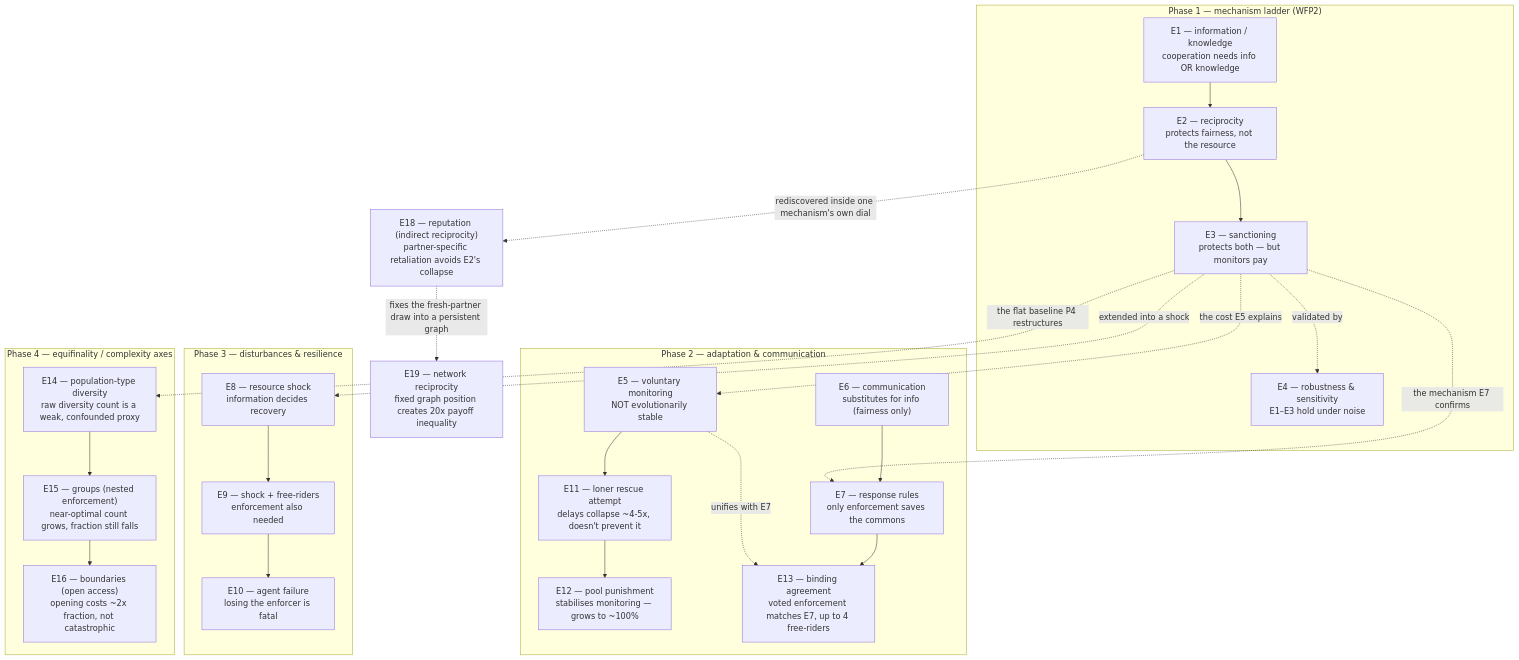
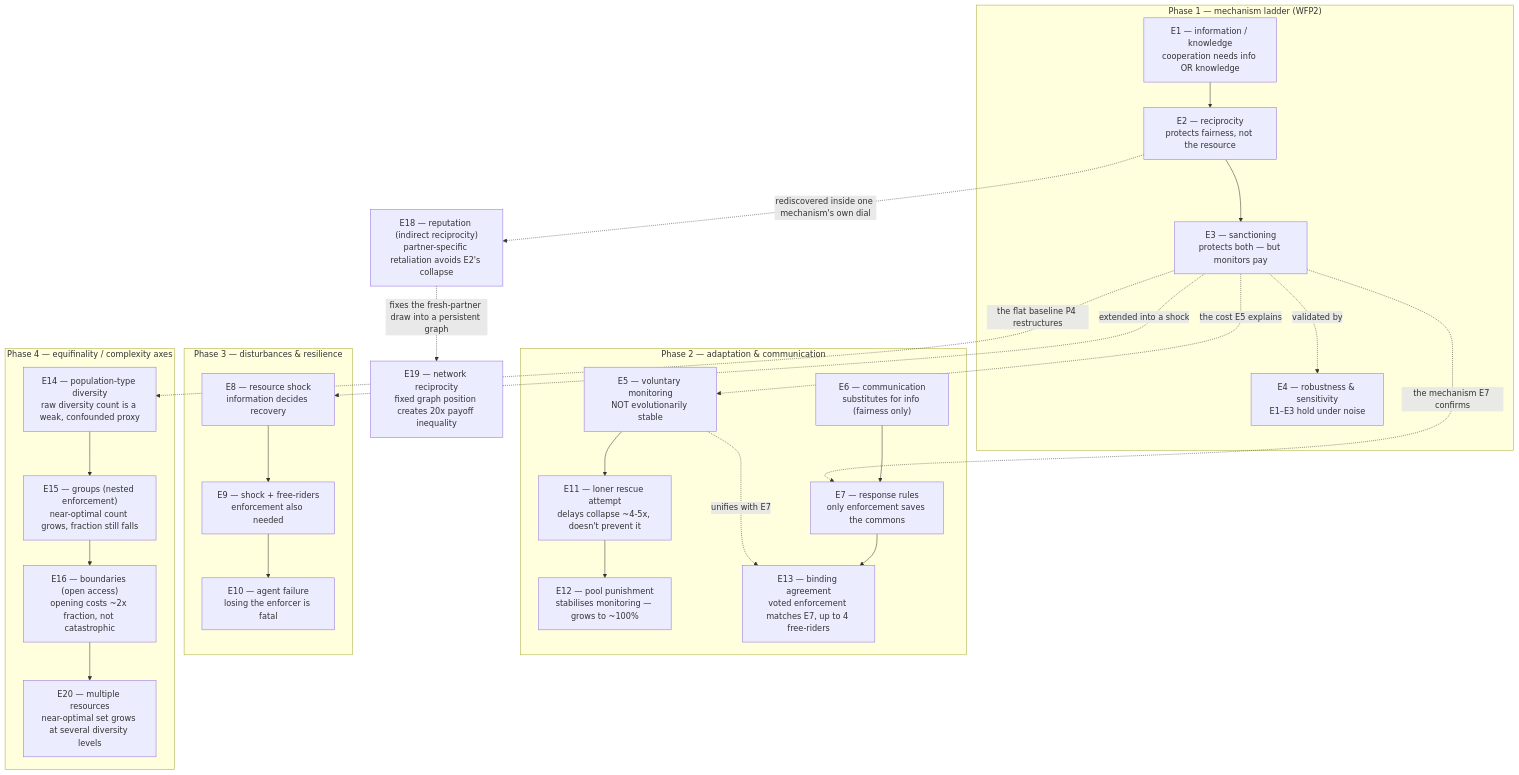
Before and after one commit to loonaarc/wfp2: the diagram in docs/findings-summary.md, drawn with Mermaid. The commit also changed other lines of this file and 25 other files, not shown here.

First line of the commit message:
Add E20 experiment for multiple resources with monitoring arrangements

````diff
--- a/docs/findings-summary.md
+++ b/docs/findings-summary.md
@@ -84,47 +88,48 @@
 ```mermaid
 flowchart TD
     subgraph P1["Phase 1 — mechanism ladder (WFP2)"]
         E1["E1 — information / knowledge<br/>cooperation needs info OR knowledge"]
         E2["E2 — reciprocity<br/>protects fairness, not the resource"]
         E3["E3 — sanctioning<br/>protects both — but monitors pay"]
         E4["E4 — robustness & sensitivity<br/>E1–E3 hold under noise"]
         E1 --> E2 --> E3
         E3 -.validated by.-> E4
     end
 
     subgraph P2["Phase 2 — adaptation & communication"]
         E5["E5 — voluntary monitoring<br/>NOT evolutionarily stable"]
         E11["E11 — loner rescue attempt<br/>delays collapse ~4-5x, doesn't prevent it"]
         E12["E12 — pool punishment<br/>stabilises monitoring — grows to ~100%"]
         E6["E6 — communication<br/>substitutes for info (fairness only)"]
         E7["E7 — response rules<br/>only enforcement saves the commons"]
         E13["E13 — binding agreement<br/>voted enforcement matches E7, up to 4 free-riders"]
         E5 --> E11 --> E12
         E6 --> E7 --> E13
         E5 -.unifies with E7.-> E13
     end
 
     subgraph P3["Phase 3 — disturbances & resilience"]
         E8["E8 — resource shock<br/>information decides recovery"]
         E9["E9 — shock + free-riders<br/>enforcement also needed"]
         E10["E10 — agent failure<br/>losing the enforcer is fatal"]
         E8 --> E9 --> E10
     end
 
     subgraph P4["Phase 4 — equifinality / complexity axes"]
         E14["E14 — population-type diversity<br/>raw diversity count is a weak, confounded proxy"]
         E15["E15 — groups (nested enforcement)<br/>near-optimal count grows, fraction still falls"]
         E16["E16 — boundaries (open access)<br/>opening costs ~2x fraction, not catastrophic"]
-        E14 --> E15 --> E16
+        E20["E20 — multiple resources<br/>near-optimal set grows at several diversity levels"]
+        E14 --> E15 --> E16 --> E20
     end
 
     E18["E18 — reputation (indirect reciprocity)<br/>partner-specific retaliation avoids E2's collapse"]
     E19["E19 — network reciprocity<br/>fixed graph position creates 20x payoff inequality"]
 
     E3 -.the cost E5 explains.-> E5
     E3 -.the mechanism E7 confirms.-> E7
     E3 -.extended into a shock.-> E8
     E3 -.the flat baseline P4 restructures.-> E14
     E2 -.rediscovered inside one mechanism's own dial.-> E18
     E18 -.fixes the fresh-partner draw into a persistent graph.-> E19
 ```
````
